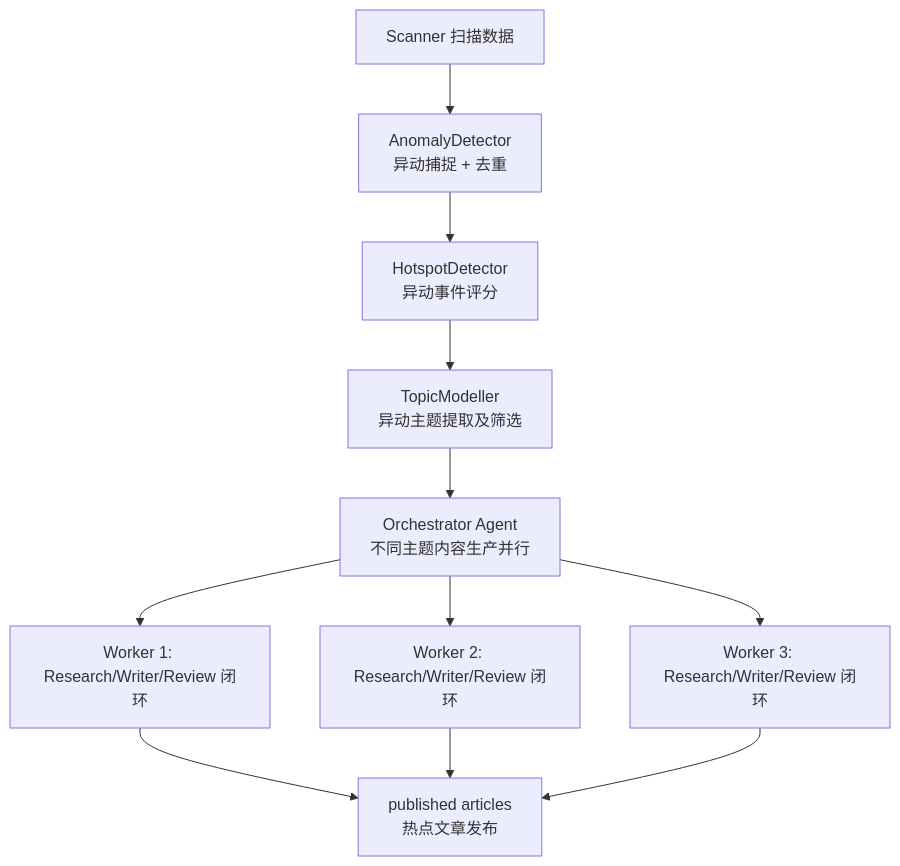
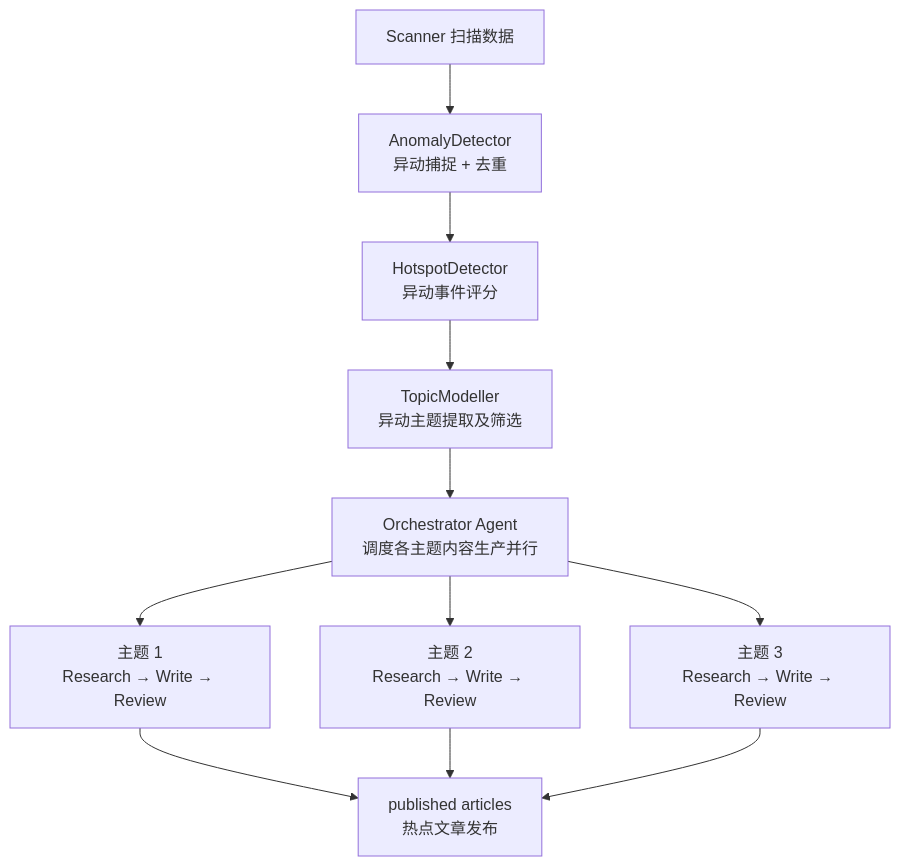
The diagram in README.md (Haruhi07/FinanceAgent), drawn with Mermaid before and after one commit. The commit also changed other lines of this file, not shown here.

````diff
--- a/README.md
+++ b/README.md
@@ -54,13 +63,13 @@
 ```mermaid
 flowchart TB
     A[Scanner 扫描数据] --> B[AnomalyDetector<br/>异动捕捉 + 去重]
     B --> C[HotspotDetector<br/>异动事件评分]
     C --> D[TopicModeller<br/>异动主题提取及筛选]
-    D --> E[Orchestrator Agent<br/>不同主题内容生产并行]
-    E --> F1[Worker 1: Research/Writer/Review 闭环]
-    E --> F2[Worker 2: Research/Writer/Review 闭环]
-    E --> F3[Worker 3: Research/Writer/Review 闭环]
+    D --> E[Orchestrator Agent<br/>调度各主题内容生产并行]
+    E --> F1[主题 1<br/>Research → Write → Review]
+    E --> F2[主题 2<br/>Research → Write → Review]
+    E --> F3[主题 3<br/>Research → Write → Review]
     F1 --> G[published articles<br/>热点文章发布]
     F2 --> G
     F3 --> G
 ```
````
